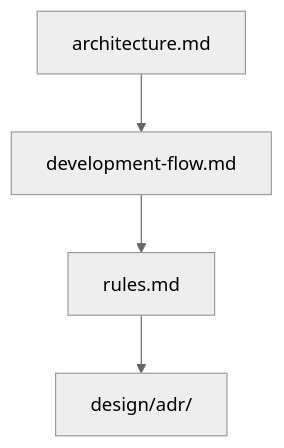
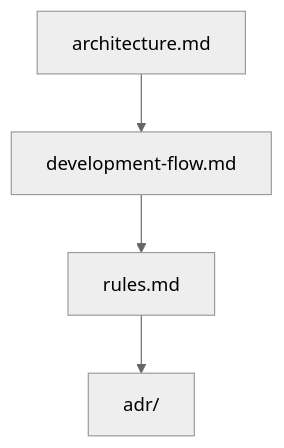
One commit to Tomy-ch/go-boilerplate changed the first of 7 diagrams in docs/index.md. Above: the diagram before and after it, drawn with Mermaid (neutral theme). The commit also changed other lines of this file and 6 other files, not shown here.

First line of the commit message:
Docs: EN 正典参照を docs/adr/ へ更新し rules.md に ADR backlink を追加

````diff
--- a/docs/index.md
+++ b/docs/index.md
@@ -24,4 +24,4 @@
 ```mermaid
 flowchart TB
-    A["architecture.md"] --> B["development-flow.md"] --> C["rules.md"] --> D["design/adr/"]
+    A["architecture.md"] --> B["development-flow.md"] --> C["rules.md"] --> D["adr/"]
 ```
````
